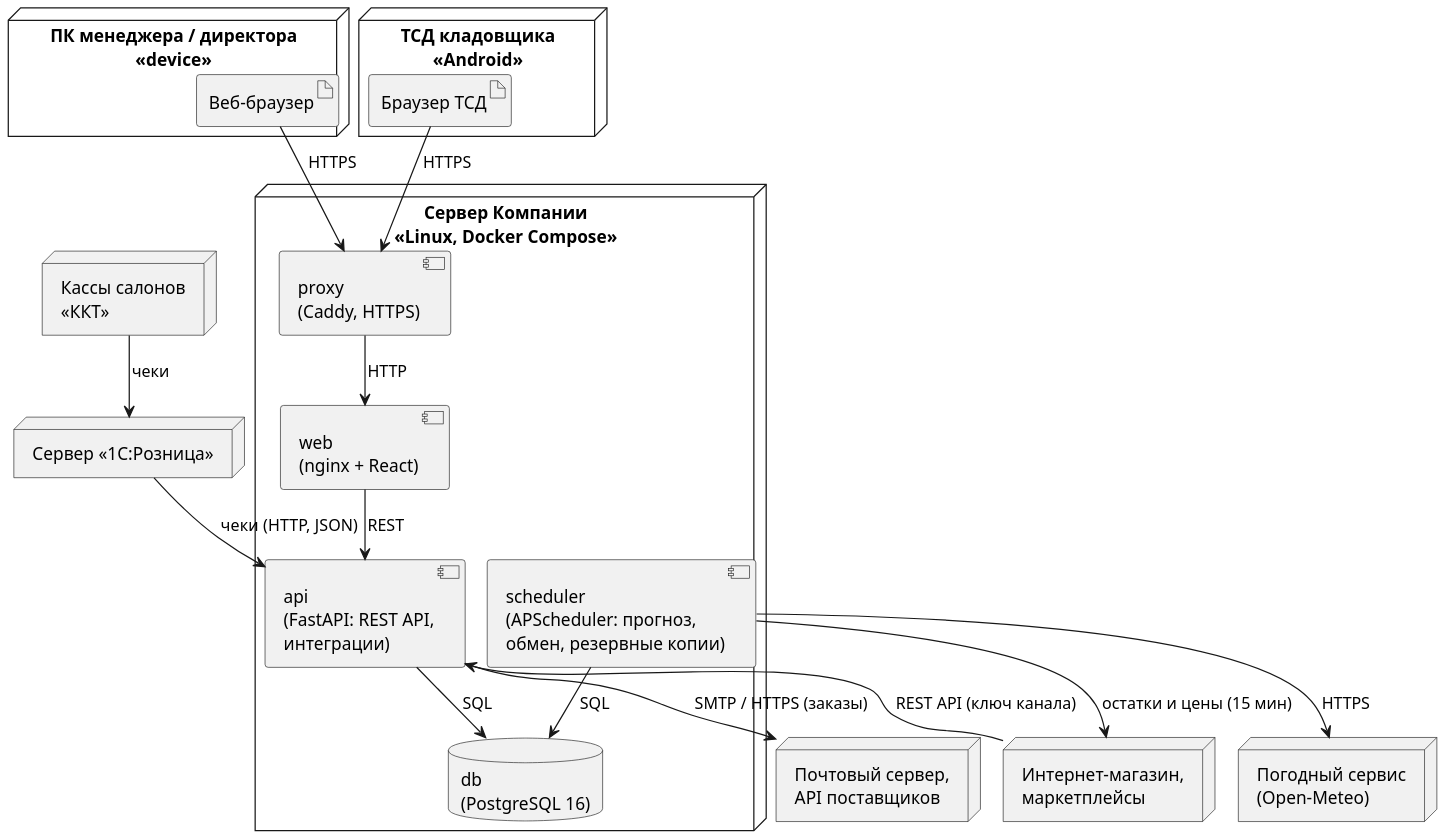
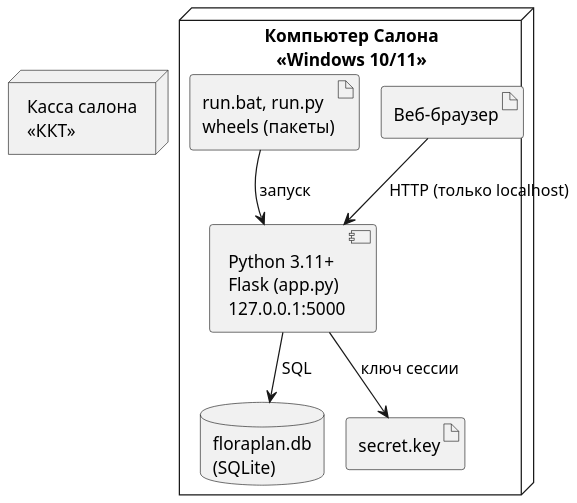
One commit to DarkSwordman999/flower-demand-planning changed the diagram in diagrams/uml_deploy.puml. Above: the diagram before and after it, drawn with PlantUML. The commit also changed 40 other files, not shown here.

Commit message:
ПР 5-6, 7-8, 9-10 под базовую редакцию: IDEF0/IDEF3 из пяти работ салона, UML по модулям app.py и logic.py, план из 12 этапов по датам ПР 3

```diff
--- a/diagrams/uml_deploy.puml
+++ b/diagrams/uml_deploy.puml
@@ -1,37 +1,19 @@
 @startuml
 !pragma layout smetana
 skinparam dpi 150
 skinparam defaultFontName Arial
 skinparam shadowing false
 skinparam monochrome true
-node "ПК менеджера / директора\n<<device>>" as pc {
+node "Компьютер Салона\n<<Windows 10/11>>" as pc {
   artifact "Веб-браузер" as br
+  component "Python 3.11+\nFlask (app.py)\n127.0.0.1:5000" as be
+  database "floraplan.db\n(SQLite)" as db
+  artifact "run.bat, run.py\nwheels (пакеты)" as run
+  artifact "secret.key" as key
 }
-node "ТСД кладовщика\n<<Android>>" as tsd {
-  artifact "Браузер ТСД" as br2
-}
-node "Сервер Компании\n<<Linux, Docker Compose>>" as app {
-  component "proxy\n(Caddy, HTTPS)" as px
-  component "web\n(nginx + React)" as fe
-  component "api\n(FastAPI: REST API,\nинтеграции)" as be
-  component "scheduler\n(APScheduler: прогноз,\nобмен, резервные копии)" as sch
-  database "db\n(PostgreSQL 16)" as db
-}
-node "Кассы салонов\n<<ККТ>>" as kkt
-node "Сервер «1С:Розница»" as c1
-node "Интернет-магазин,\nмаркетплейсы" as web
-node "Погодный сервис\n(Open-Meteo)" as wth
-node "Почтовый сервер,\nAPI поставщиков" as mail
-br --> px : HTTPS
-br2 --> px : HTTPS
-px --> fe : HTTP
-fe --> be : REST
+node "Касса салона\n<<ККТ>>" as kkt
+run --> be : запуск
+br --> be : HTTP (только localhost)
 be --> db : SQL
-sch --> db : SQL
-c1 --> be : чеки (HTTP, JSON)
-kkt --> c1 : чеки
-web --> be : REST API (ключ канала)
-sch --> web : остатки и цены (15 мин)
-sch --> wth : HTTPS
-be --> mail : SMTP / HTTPS (заказы)
+be --> key : ключ сессии
 @enduml
```
